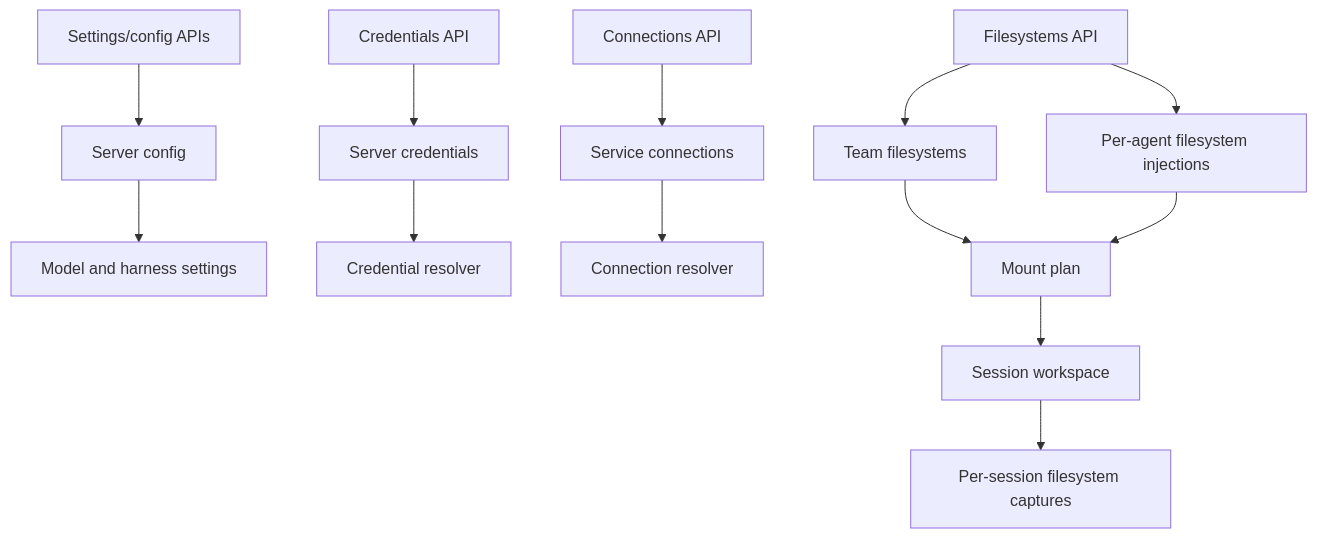
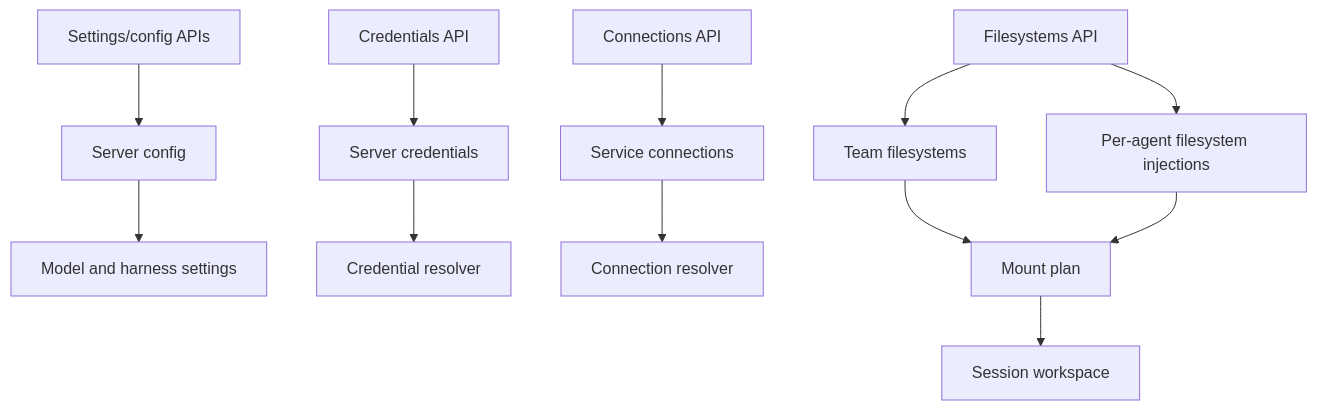
One commit to idle-builders/hyperidle changed the tenth of 12 diagrams in docs/architecture/as-implemented-domain-architecture.md. Above: the diagram before and after it, drawn with Mermaid. The commit also changed other lines of this file and 6 other files, not shown here.

````diff
--- a/docs/architecture/as-implemented-domain-architecture.md
+++ b/docs/architecture/as-implemented-domain-architecture.md
@@ -300,23 +300,21 @@
 ```mermaid
 flowchart TB
   ServerConfig["Server config"]
   Credentials["Server credentials"]
   ServiceConnections["Service connections"]
   Filesystems["Team filesystems"]
   Injections["Per-agent filesystem injections"]
-  Captures["Per-session filesystem captures"]
 
   ServerConfig --> ModelResolution["Model and harness settings"]
   Credentials --> CredentialResolver["Credential resolver"]
   ServiceConnections --> ConnectionResolver["Connection resolver"]
   Filesystems --> MountPlan["Mount plan"]
   Injections --> MountPlan
   MountPlan --> SessionWorkspace["Session workspace"]
-  SessionWorkspace --> Captures
 
   SettingsAPI["Settings/config APIs"] --> ServerConfig
   CredentialsAPI["Credentials API"] --> Credentials
   ConnectionsAPI["Connections API"] --> ServiceConnections
   FilesystemsAPI["Filesystems API"] --> Filesystems
   FilesystemsAPI --> Injections
 ```
````
